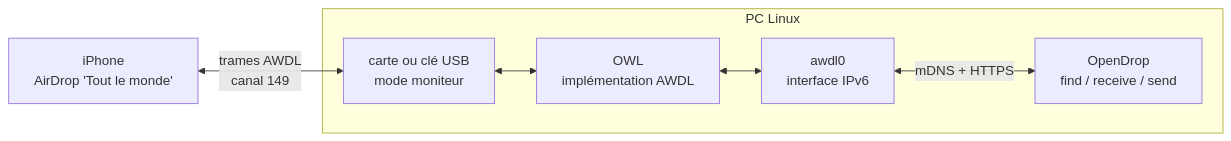
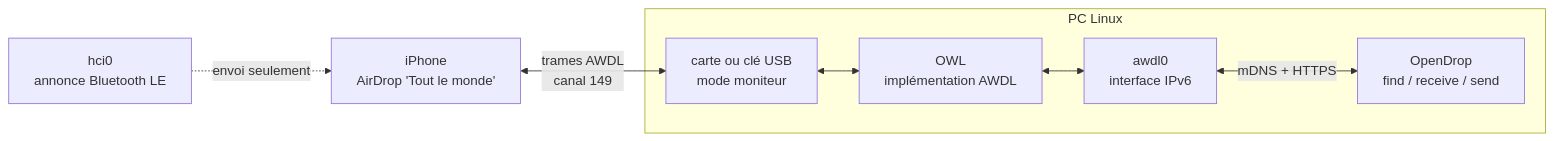
The diagram in README.md (antonin-biernacki/awdl-linux-poc), drawn with Mermaid before and after one commit. The commit also changed other lines of this file and 7 other files, not shown here.

````diff
--- a/README.md
+++ b/README.md
@@ -56,9 +58,10 @@
 ```mermaid
 flowchart LR
     I[iPhone<br/>AirDrop 'Tout le monde'] <-- trames AWDL<br/>canal 149 --> W
+    B[hci0<br/>annonce Bluetooth LE] -. envoi seulement .-> I
     subgraph PC Linux
         W[carte ou clé USB<br/>mode moniteur] <--> O[OWL<br/>implémentation AWDL]
         O <--> A[awdl0<br/>interface IPv6]
         A <-- mDNS + HTTPS --> D[OpenDrop<br/>find / receive / send]
     end
 ```
````
